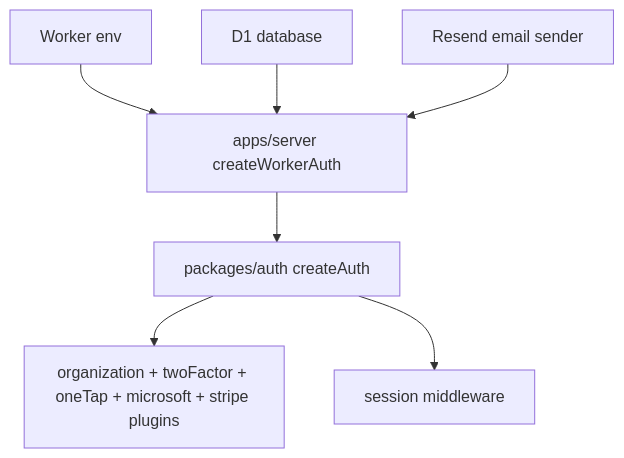
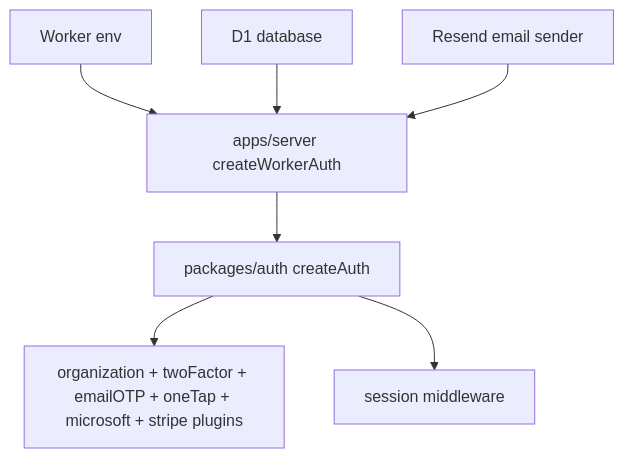
The first of 4 diagrams in docs/project-modules/08-auth-identity.md (langgenius/due-date-hq-jhx-lyz), drawn with Mermaid before and after one commit. The commit also changed other lines of this file and 25 other files, not shown here.

Commit message:
feat(auth): implement email OTP sign-in form with validation and localization

````diff
--- a/docs/project-modules/08-auth-identity.md
+++ b/docs/project-modules/08-auth-identity.md
@@ -105,17 +106,17 @@
 ```mermaid
 flowchart TB
   Env["Worker env"]
   ServerAuth["apps/server createWorkerAuth"]
   CreateAuth["packages/auth createAuth"]
   DB["D1 database"]
   Email["Resend email sender"]
-  Plugins["organization + twoFactor + oneTap + microsoft + stripe plugins"]
+  Plugins["organization + twoFactor + emailOTP + oneTap + microsoft + stripe plugins"]
   Middleware["session middleware"]
 
   Env --> ServerAuth
   DB --> ServerAuth
   Email --> ServerAuth
   ServerAuth --> CreateAuth
   CreateAuth --> Plugins
   CreateAuth --> Middleware
 ```
````
